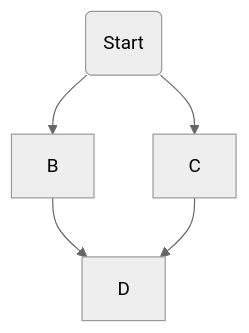
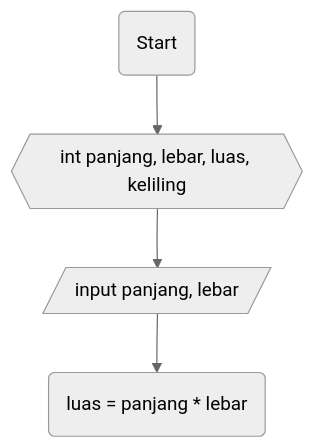
Before and after one commit to SATRIODIANNUGROHO/Latihan4_27_SatrioDianNugroho: the diagram in PersegiPanjang.md, drawn with Mermaid (neutral theme).

````diff
--- a/PersegiPanjang.md
+++ b/PersegiPanjang.md
@@ -13,7 +13,6 @@
 ```mermaid
 graph TD;
-    A(Start)-->B;
-    A-->C;
-    B-->D;
-    C-->D;
+    A(Start)-->B{{int panjang, lebar, luas, keliling}};
+    B{{int panjang, lebar, luas, keliling}}-->C[/input panjang, lebar/];
+    C[/input panjang, lebar/]-->D(luas = panjang * lebar);
 ```
````
